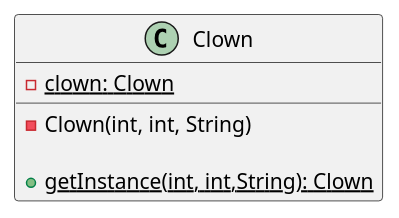
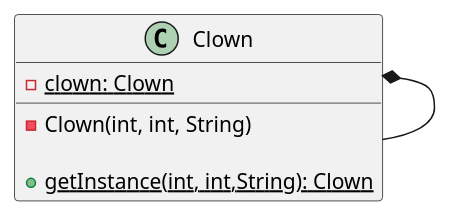
One commit to shadyalattarr/Circus-of-Plates changed the diagram in UML/Design Patterns/Singelton.wsd. Above: the diagram before and after it, drawn with PlantUML.

```diff
--- a/UML/Design Patterns/Singelton.wsd
+++ b/UML/Design Patterns/Singelton.wsd
@@ -1,10 +1,13 @@
 @startuml Singelton
 
 class Clown{
     -{static}clown: Clown
 
     -Clown(int, int, String)
 
     +{static} getInstance(int, int,String): Clown
 }
+
+Clown *- Clown
+
 @enduml
```
